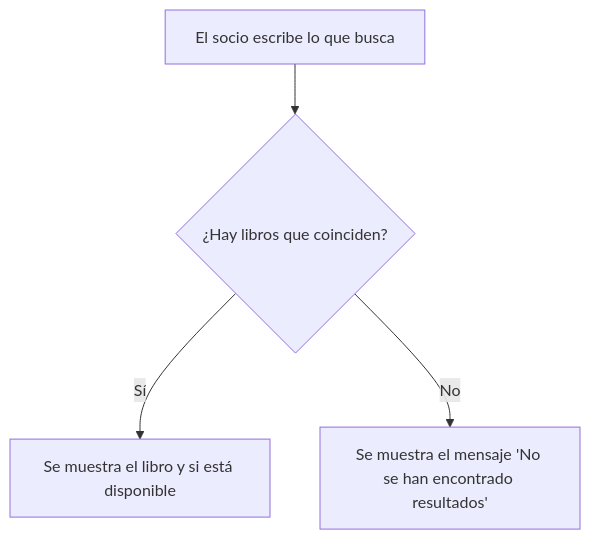
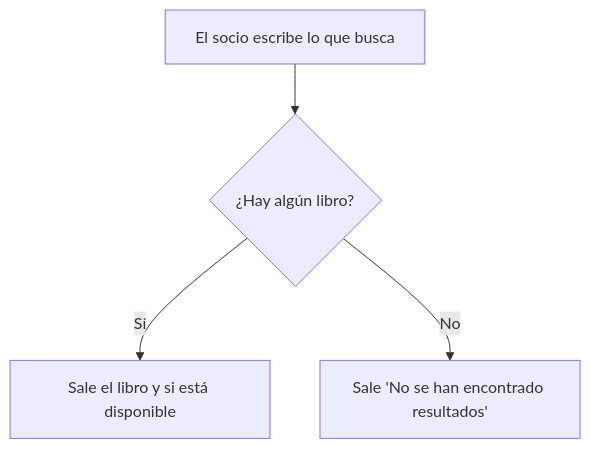
The diagram in 0104.md (raulmoder2000-droid/CD_Tema2_Ejercicios), drawn with Mermaid before and after one commit. The commit also changed other lines of this file, not shown here.

````diff
--- a/0104.md
+++ b/0104.md
@@ -42,6 +38,6 @@
 ```mermaid
 flowchart TD
-    A[El socio escribe lo que busca] --> B{¿Hay libros que coinciden?}
-    B -- Sí --> C[Se muestra el libro y si está disponible]
-    B -- No --> D["Se muestra el mensaje 'No se han encontrado resultados'"]
+    A[El socio escribe lo que busca] --> B{¿Hay algún libro?}
+    B -- Sí --> C[Sale el libro y si está disponible]
+    B -- No --> D[Sale 'No se han encontrado resultados']
 ```
````
